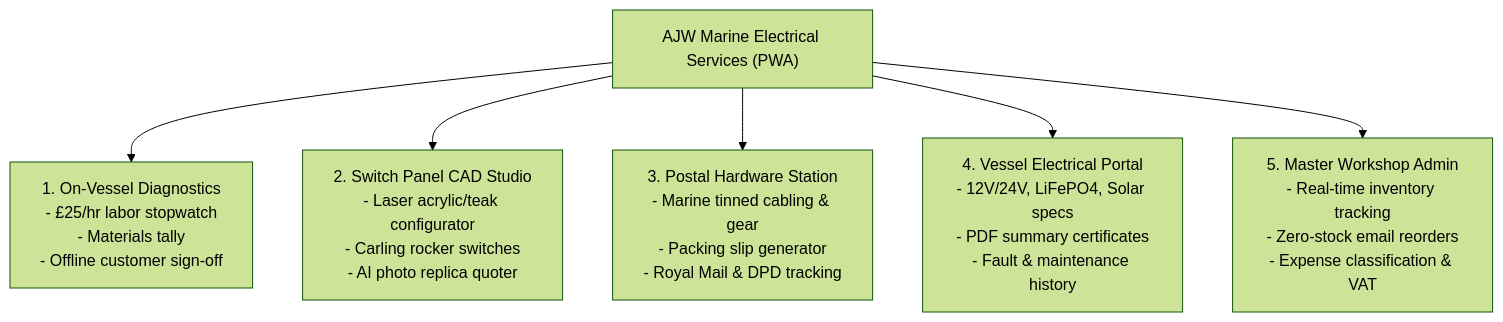
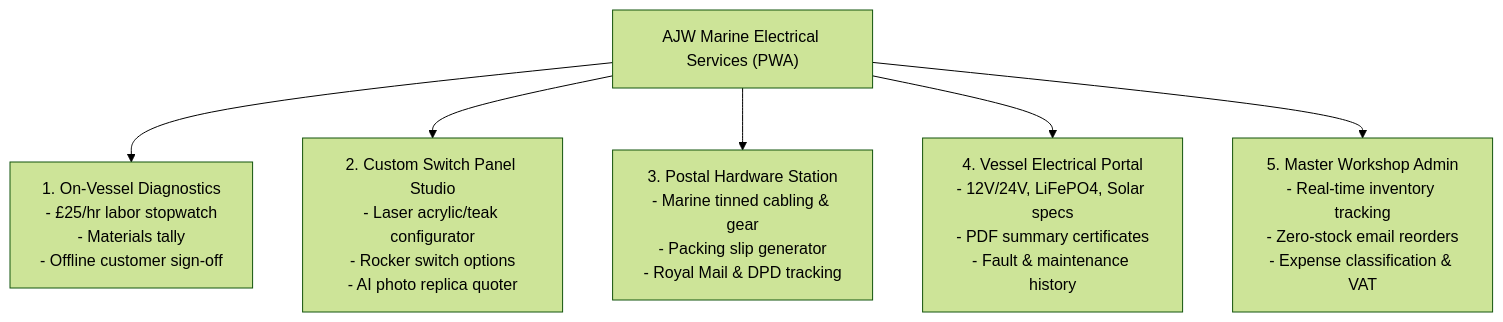
The first of 2 diagrams in README.md (AnthonyWrather/ajwmes), drawn with Mermaid (forest theme) before and after one commit. The commit also changed other lines of this file and 16 other files, not shown here.

Commit message:
refactor(panels): standardize Custom Switch Panel naming across codebase and docs

````diff
--- a/README.md
+++ b/README.md
@@ -44,9 +44,9 @@
 ```mermaid
 flowchart TD
     App["AJW Marine Electrical Services (PWA)"]
     App --> P1["1. On-Vessel Diagnostics\n- £25/hr labor stopwatch\n- Materials tally\n- Offline customer sign-off"]
-    App --> P2["2. Switch Panel CAD Studio\n- Laser acrylic/teak configurator\n- Carling rocker switches\n- AI photo replica quoter"]
+    App --> P2["2. Custom Switch Panel Studio\n- Laser acrylic/teak configurator\n- Rocker switch options\n- AI photo replica quoter"]
     App --> P3["3. Postal Hardware Station\n- Marine tinned cabling & gear\n- Packing slip generator\n- Royal Mail & DPD tracking"]
     App --> P4["4. Vessel Electrical Portal\n- 12V/24V, LiFePO4, Solar specs\n- PDF summary certificates\n- Fault & maintenance history"]
     App --> P5["5. Master Workshop Admin\n- Real-time inventory tracking\n- Zero-stock email reorders\n- Expense classification & VAT"]
 ```
````
